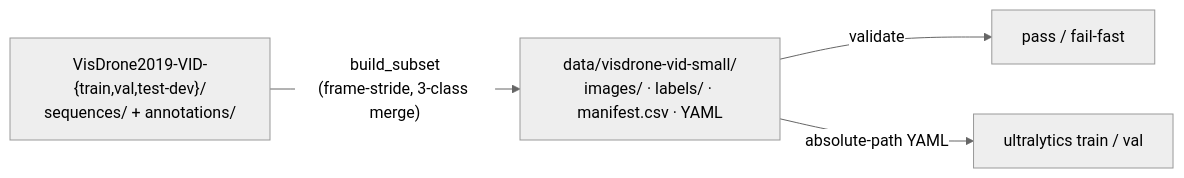
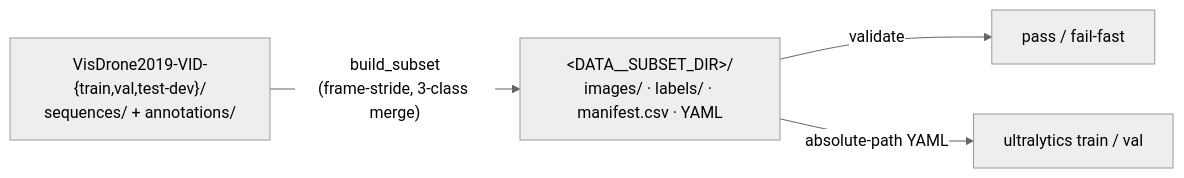
One commit to vtarasv/mlops-cv changed the diagram in docs/data.md. Above: the diagram before and after it, drawn with Mermaid (neutral theme). The commit also changed other lines of this file and 9 other files, not shown here.

Commit message:
refactor: use data subset dir env as single source of truth in the repo

````diff
--- a/docs/data.md
+++ b/docs/data.md
@@ -6,7 +6,7 @@
 ```mermaid
 flowchart LR
   raw["VisDrone2019-VID-{train,val,test-dev}/<br/>sequences/ + annotations/"]
-  raw -->|"build_subset<br/>(frame-stride, 3-class merge)"| subset["data/visdrone-vid-small/<br/>images/ · labels/ · manifest.csv · YAML"]
+  raw -->|"build_subset<br/>(frame-stride, 3-class merge)"| subset["&lt;DATA__SUBSET_DIR&gt;/<br/>images/ · labels/ · manifest.csv · YAML"]
   subset -->|validate| gate["pass / fail-fast"]
   subset -->|absolute-path YAML| yolo["ultralytics train / val"]
 ```
````
